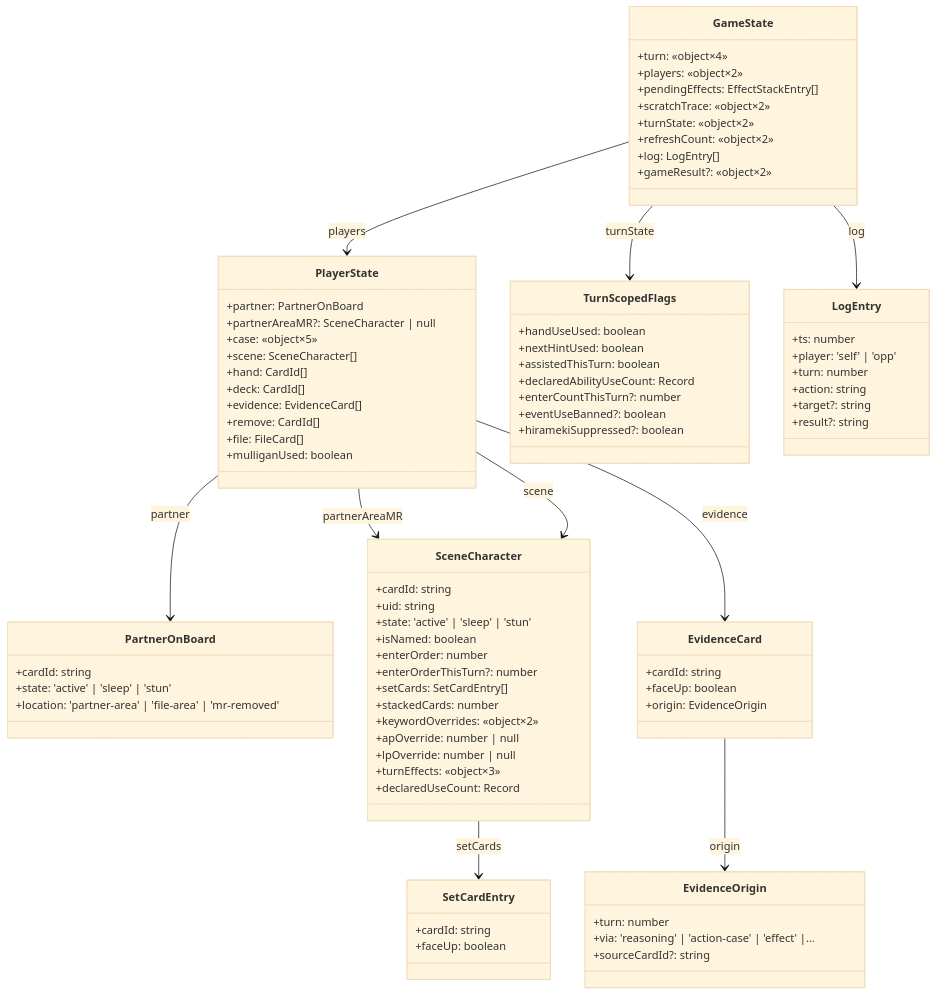
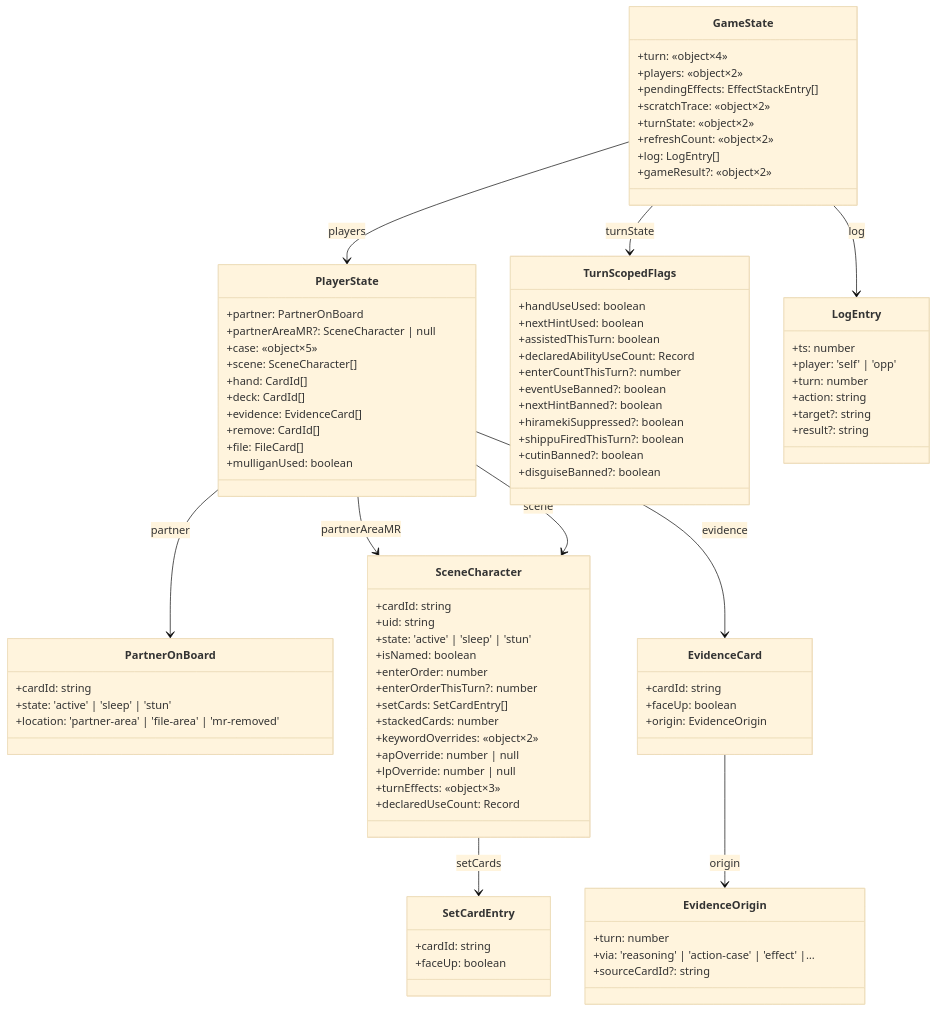
Before and after one commit to orihekat78/TCGApp: the diagram in .claude/auto/state/game-state.md, drawn with Mermaid (base theme). The commit also changed other lines of this file and 104 other files, not shown here.

```diff
--- a/.claude/auto/state/game-state.md
+++ b/.claude/auto/state/game-state.md
@@ -41,7 +41,11 @@
     +declaredAbilityUseCount: Record<string, number>
     +enterCountThisTurn?: number
     +eventUseBanned?: boolean
+    +nextHintBanned?: boolean
     +hiramekiSuppressed?: boolean
+    +shippuFiredThisTurn?: boolean
+    +cutinBanned?: boolean
+    +disguiseBanned?: boolean
   }
   class LogEntry {
     +ts: number
```
